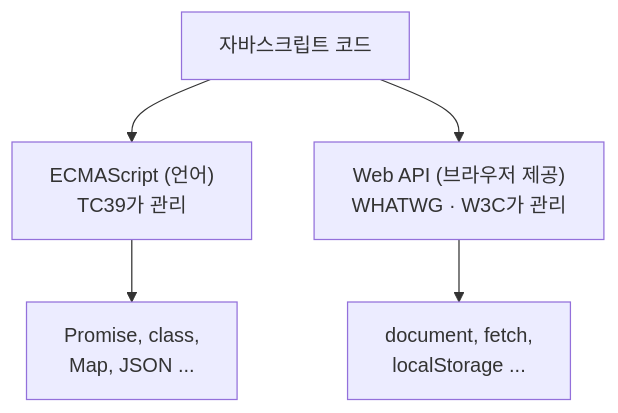
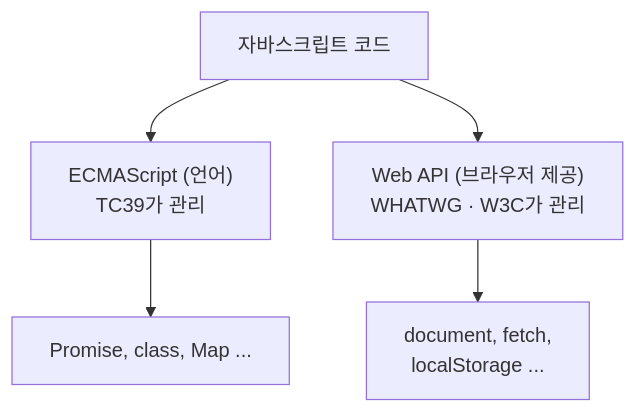
The diagram in content/javascript/WebAPIs/01_what-is-web-apis.mdx (zenoK80/zeno-AI-Docs), drawn with Mermaid before and after one commit. The commit also changed other lines of this file and 86 other files, not shown here.

````diff
--- a/content/javascript/WebAPIs/01_what-is-web-apis.mdx
+++ b/content/javascript/WebAPIs/01_what-is-web-apis.mdx
@@ -80,7 +14,7 @@
 ```mermaid
 flowchart TD
   A["자바스크립트 코드"] --> B["ECMAScript (언어)<br/>TC39가 관리"]
   A --> C["Web API (브라우저 제공)<br/>WHATWG · W3C가 관리"]
-  B --> D["Promise, class,<br/>Map, JSON ..."]
+  B --> D["Promise, class, Map ..."]
   C --> E["document, fetch,<br/>localStorage ..."]
 ```
````
